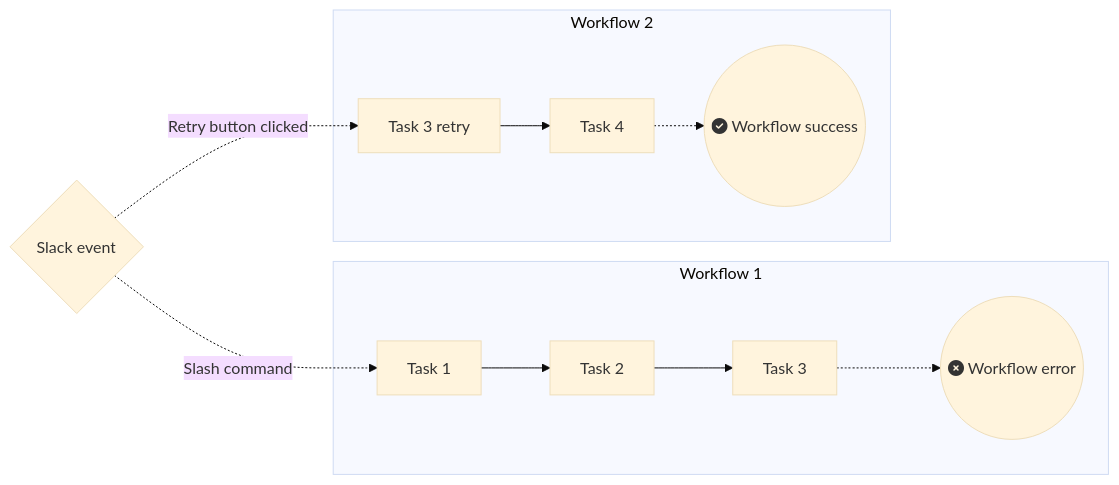
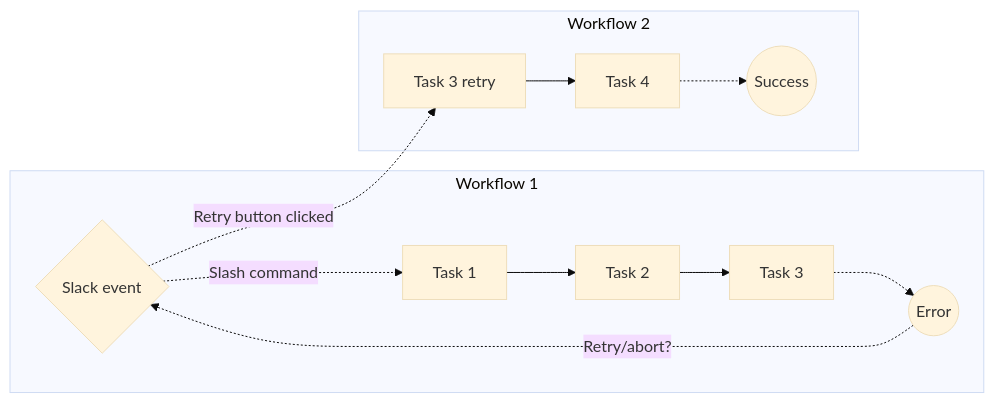
Before and after one commit to autokitteh/kittehub: the diagram in task_chain/README.md, drawn with Mermaid (base theme).

Commit message:
Fix flowchart

````diff
--- a/task_chain/README.md
+++ b/task_chain/README.md
@@ -13,19 +13,19 @@
 ```mermaid
 flowchart LR
     slack{Slack event}
     task1[Task 1]
     task2[Task 2]
     task3a[Task 3]
     task3b[Task 3 retry]
     task4[Task 4]
-    error((fa:fa-circle-xmark Workflow error))
-    success((fa:fa-circle-check Workflow success))
+    error((Error))
+    success((Success))
     slack -. Slash command .-> task1
     slack -. Retry button clicked .-> task3b
     subgraph Workflow 1
-    task1 --> task2 --> task3a -.-> error
+    task1 --> task2 --> task3a -.-> error -. Retry/abort? .-> slack
     end
     subgraph Workflow 2
     task3b --> task4 -.-> success
     end
 ```
````
